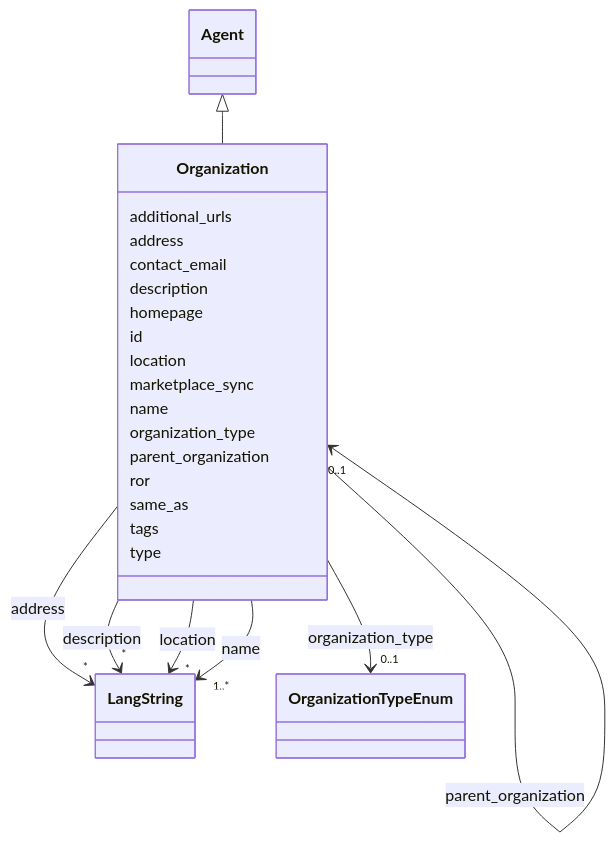
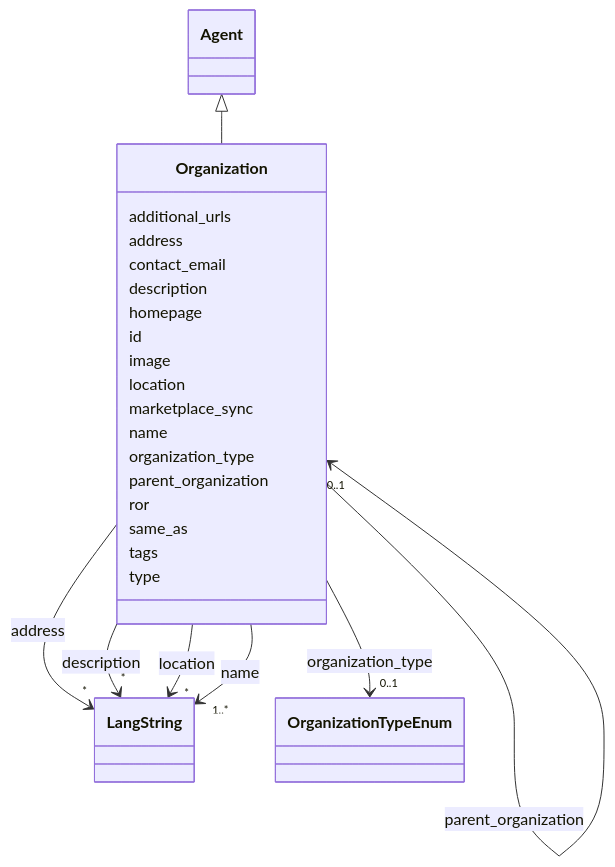
Before and after one commit to DARIAH-IL/idhi-manifests: the diagram in docs/classes/Organization.md, drawn with Mermaid. The commit also changed other lines of this file and 20 other files, not shown here.

```diff
--- a/docs/classes/Organization.md
+++ b/docs/classes/Organization.md
@@ -61,6 +61,8 @@
       Organization : homepage
         
       Organization : id
+        
+      Organization : image
         
       Organization : location
         
```
